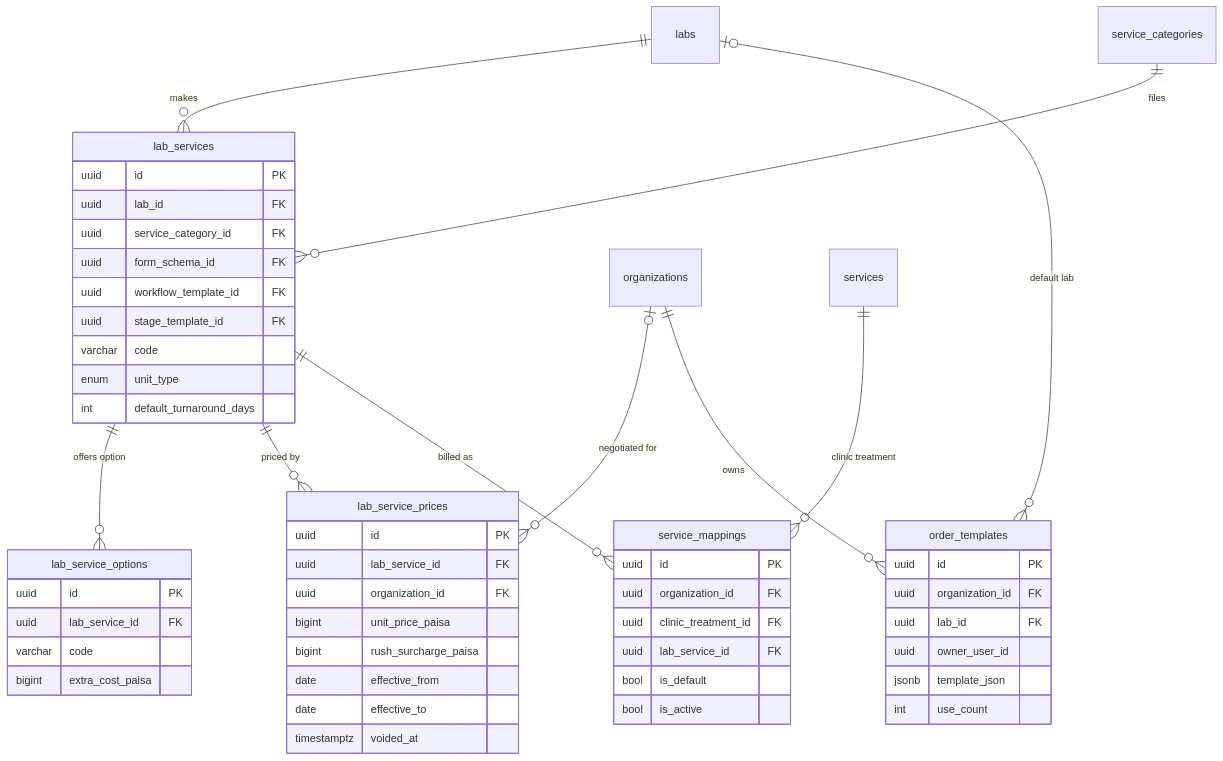
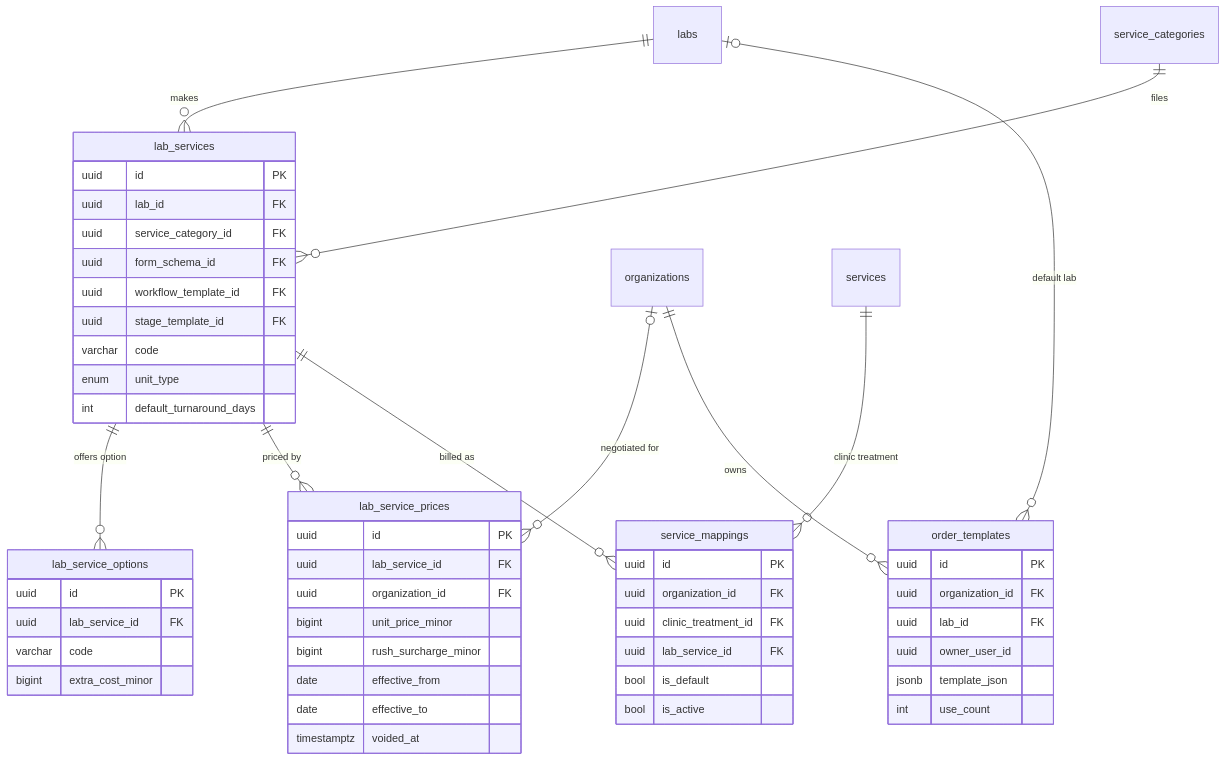
Before and after one commit to moinuddin2004/cms: the diagram in docs/handbook/diagrams/ch40-catalog-erd.mmd, drawn with Mermaid. The commit also changed 436 other files, not shown here.

```diff
--- a/docs/handbook/diagrams/ch40-catalog-erd.mmd
+++ b/docs/handbook/diagrams/ch40-catalog-erd.mmd
@@ -1,53 +1,53 @@
 erDiagram
     labs ||--o{ lab_services : makes
     service_categories ||--o{ lab_services : files
     lab_services ||--o{ lab_service_options : "offers option"
     lab_services ||--o{ lab_service_prices : "priced by"
     organizations |o--o{ lab_service_prices : "negotiated for"
     lab_services ||--o{ service_mappings : "billed as"
     services ||--o{ service_mappings : "clinic treatment"
     labs |o--o{ order_templates : "default lab"
     organizations ||--o{ order_templates : owns
     lab_services {
         uuid id PK
         uuid lab_id FK
         uuid service_category_id FK
         uuid form_schema_id FK
         uuid workflow_template_id FK
         uuid stage_template_id FK
         varchar code
         enum unit_type
         int default_turnaround_days
     }
     lab_service_prices {
         uuid id PK
         uuid lab_service_id FK
         uuid organization_id FK
-        bigint unit_price_paisa
-        bigint rush_surcharge_paisa
+        bigint unit_price_minor
+        bigint rush_surcharge_minor
         date effective_from
         date effective_to
         timestamptz voided_at
     }
     lab_service_options {
         uuid id PK
         uuid lab_service_id FK
         varchar code
-        bigint extra_cost_paisa
+        bigint extra_cost_minor
     }
     service_mappings {
         uuid id PK
         uuid organization_id FK
         uuid clinic_treatment_id FK
         uuid lab_service_id FK
         bool is_default
         bool is_active
     }
     order_templates {
         uuid id PK
         uuid organization_id FK
         uuid lab_id FK
         uuid owner_user_id
         jsonb template_json
         int use_count
     }
```
